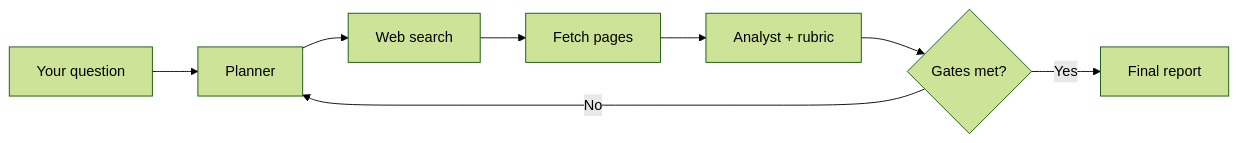
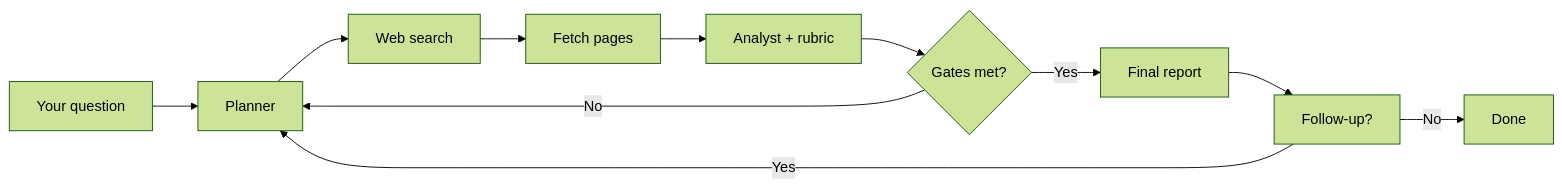
Before and after one commit to LuizEduPP/solid: the diagram in README.md, drawn with Mermaid (forest theme). The commit also changed other lines of this file, not shown here.

````diff
--- a/README.md
+++ b/README.md
@@ -129,10 +139,13 @@
 ```mermaid
 flowchart LR
   A[Your question] --> B[Planner]
   B --> C[Web search]
   C --> D[Fetch pages]
   D --> E[Analyst + rubric]
   E --> F{Gates met?}
   F -->|No| B
   F -->|Yes| G[Final report]
+  G --> H[Follow-up?]
+  H -->|Yes| B
+  H -->|No| I[Done]
 ```
````
